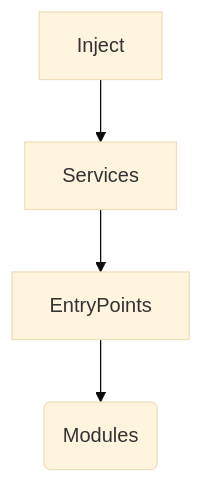
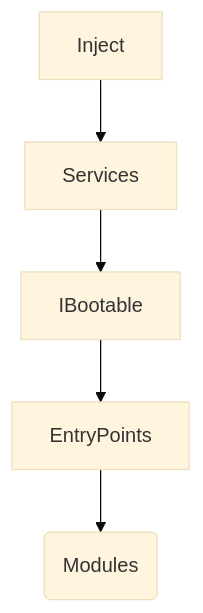
The diagram in README.md (voodya/KB-Prod-Test), drawn with Mermaid (base theme) before and after one commit.

````diff
--- a/README.md
+++ b/README.md
@@ -26,4 +26,4 @@
 ```mermaid
 graph TD
-    Inject --> Services --> EntryPoints --> GameCycles(Modules)
+    Inject --> Services --> IBootable --> EntryPoints --> GameCycles(Modules)
 ```
````
